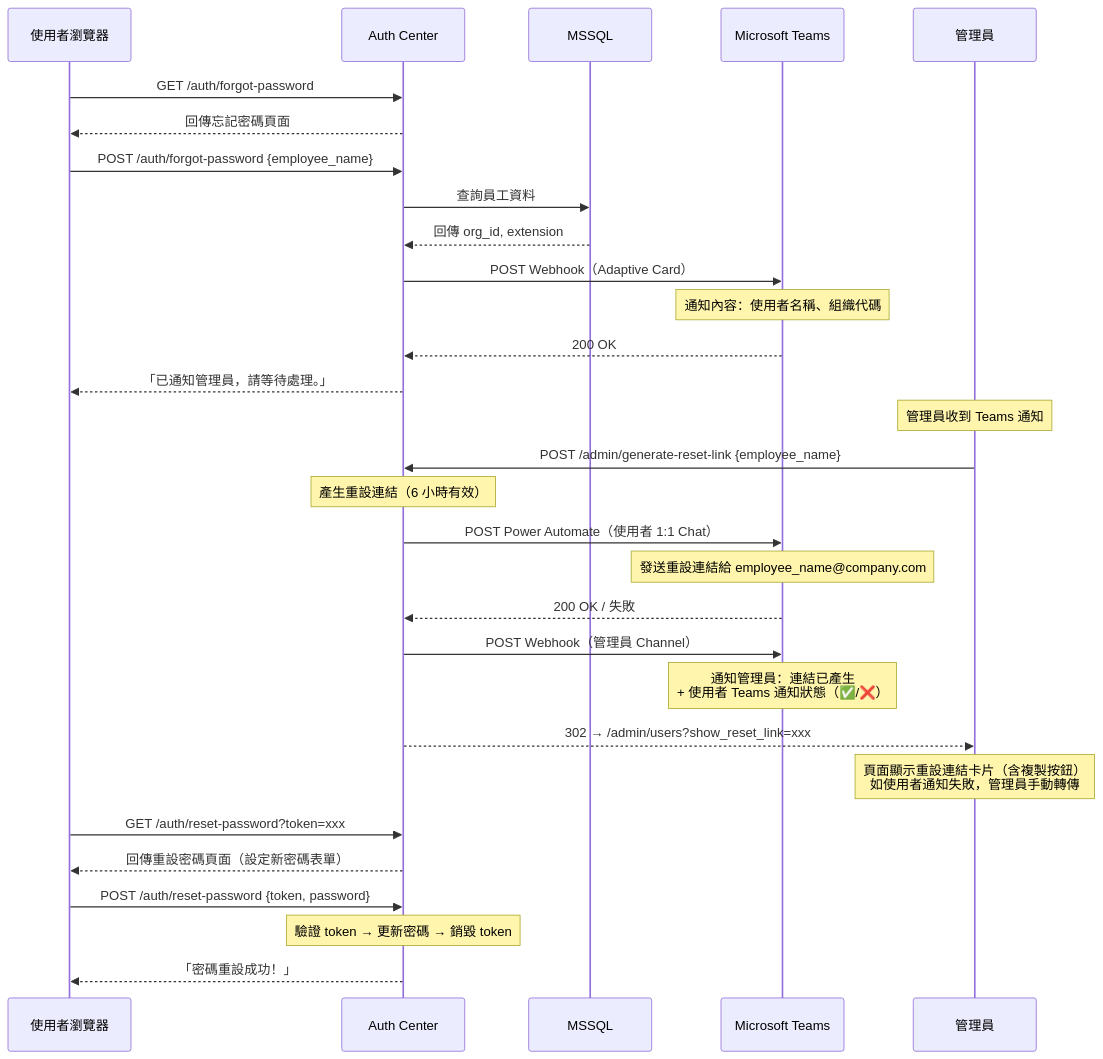
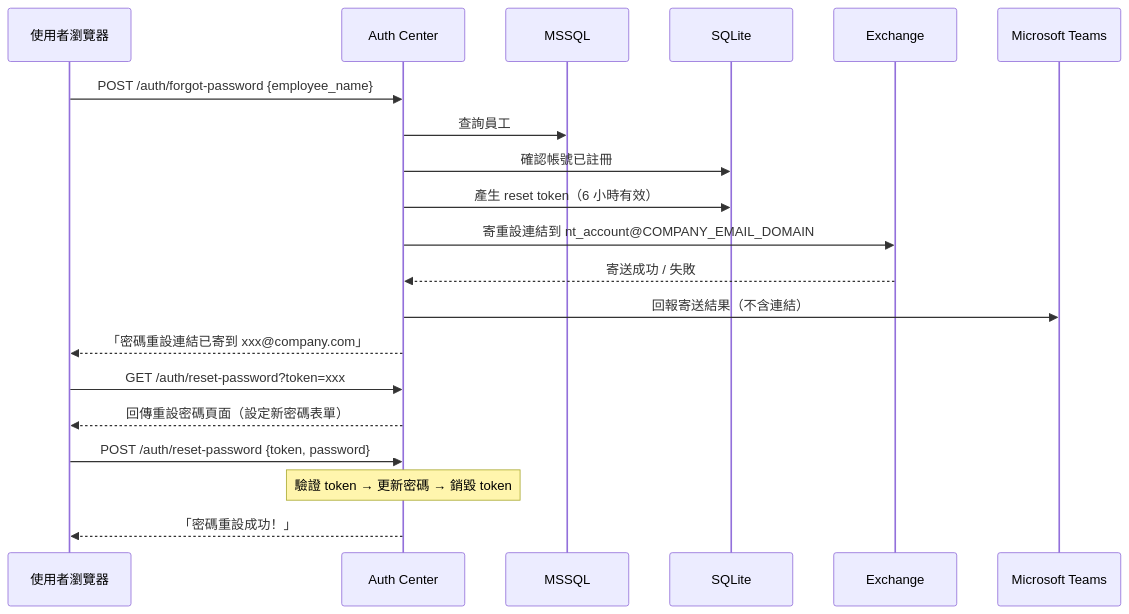
One commit to bwinken/authcenter changed the fourth of 12 diagrams in README.md. Above: the diagram before and after it, drawn with Mermaid. The commit also changed other lines of this file and 24 other files, not shown here.

````diff
--- a/README.md
+++ b/README.md
@@ -781,39 +743,24 @@
 ```mermaid
 sequenceDiagram
     participant U as 使用者瀏覽器
     participant C as Auth Center
     participant M as MSSQL
+    participant S as SQLite
+    participant E as Exchange
     participant T as Microsoft Teams
-    participant A as 管理員
-
-    U->>C: GET /auth/forgot-password
-    C-->>U: 回傳忘記密碼頁面
 
     U->>C: POST /auth/forgot-password {employee_name}
-    C->>M: 查詢員工資料
-    M-->>C: 回傳 org_id, extension
-    C->>T: POST Webhook（Adaptive Card）
-    Note over T: 通知內容：使用者名稱、組織代碼
-    T-->>C: 200 OK
-    C-->>U: 「已通知管理員，請等待處理。」
-
-    Note over A: 管理員收到 Teams 通知
-    A->>C: POST /admin/generate-reset-link {employee_name}
-    Note over C: 產生重設連結（6 小時有效）
-
-    C->>T: POST Power Automate（使用者 1:1 Chat）
-    Note over T: 發送重設連結給 employee_name@company.com
-    T-->>C: 200 OK / 失敗
-
-    C->>T: POST Webhook（管理員 Channel）
-    Note over T: 通知管理員：連結已產生<br/>+ 使用者 Teams 通知狀態（✅/❌）
-
-    C-->>A: 302 → /admin/users?show_reset_link=xxx
-    Note over A: 頁面顯示重設連結卡片（含複製按鈕）<br/>如使用者通知失敗，管理員手動轉傳
+    C->>M: 查詢員工
+    C->>S: 確認帳號已註冊
+    C->>S: 產生 reset token（6 小時有效）
+    C->>E: 寄重設連結到 nt_account@COMPANY_EMAIL_DOMAIN
+    E-->>C: 寄送成功 / 失敗
+    C->>T: 回報寄送結果（不含連結）
+    C-->>U: 「密碼重設連結已寄到 xxx@company.com」
 
     U->>C: GET /auth/reset-password?token=xxx
     C-->>U: 回傳重設密碼頁面（設定新密碼表單）
     U->>C: POST /auth/reset-password {token, password}
     Note over C: 驗證 token → 更新密碼 → 銷毀 token
     C-->>U: 「密碼重設成功！」
 ```
````
